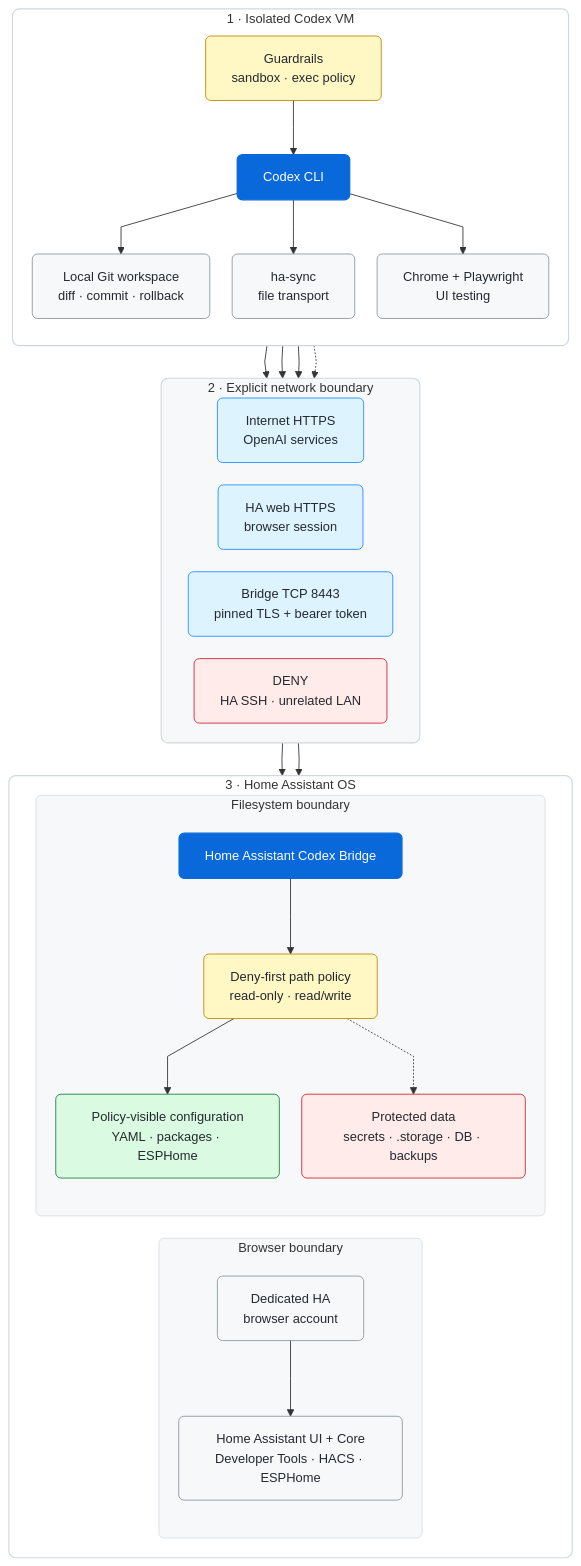
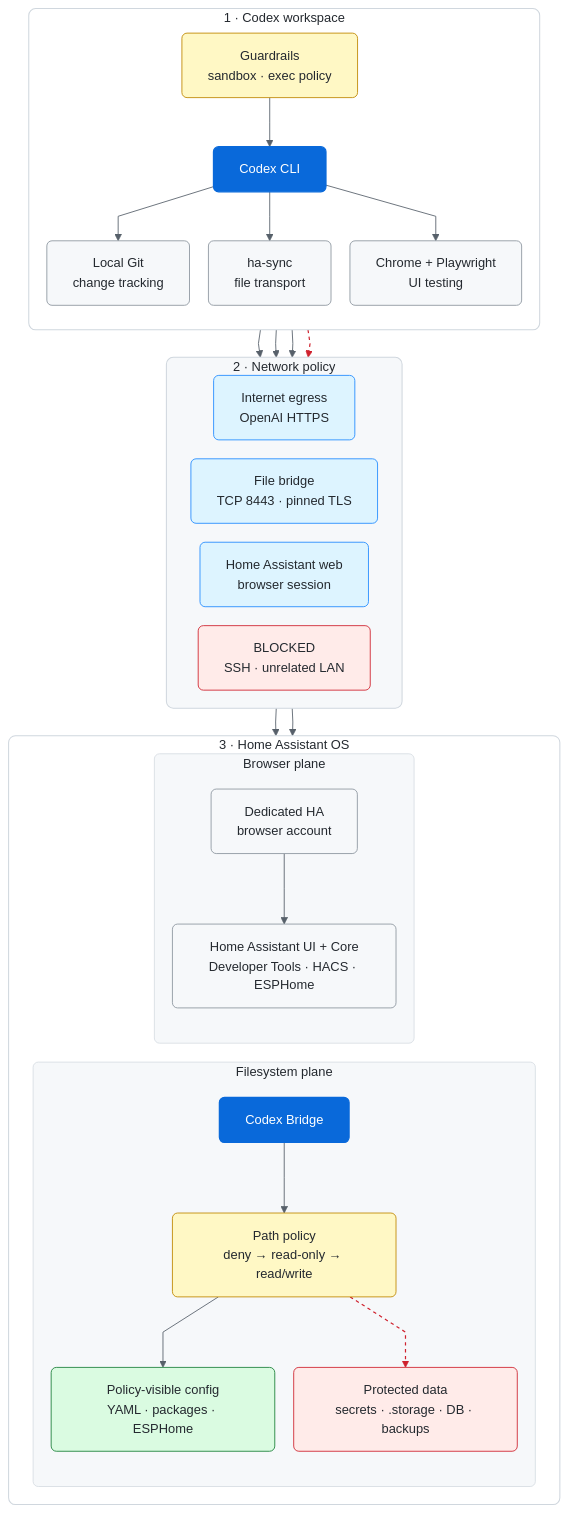
Before and after one commit to DreamMakers2/home-assistant-codex-bridge: the diagram in README.md, drawn with Mermaid.

Commit message:
Fix Mermaid architecture dark-mode rendering

````diff
--- a/README.md
+++ b/README.md
@@ -39,73 +39,75 @@
 ```mermaid
-%%{init: {"flowchart": {"curve": "linear", "htmlLabels": true, "nodeSpacing": 26, "rankSpacing": 38}, "themeVariables": {"fontFamily": "-apple-system, BlinkMacSystemFont, Segoe UI, Helvetica, Arial, sans-serif", "fontSize": "15px"}}}%%
+%%{init: {"theme":"base","flowchart":{"curve":"linear","htmlLabels":true,"nodeSpacing":22,"rankSpacing":32,"diagramPadding":10},"themeVariables":{"fontFamily":"-apple-system, BlinkMacSystemFont, Segoe UI, Helvetica, Arial, sans-serif","fontSize":"15px","background":"#ffffff","primaryTextColor":"#24292f","secondaryTextColor":"#24292f","tertiaryTextColor":"#24292f","textColor":"#24292f","titleColor":"#24292f","lineColor":"#57606a","clusterBkg":"#ffffff","clusterBorder":"#d0d7de","edgeLabelBackground":"#ffffff"},"themeCSS":".cluster-label span{color:#24292f!important;font-weight:650!important}.cluster-label text{fill:#24292f!important;font-weight:650!important}"}}%%
 flowchart TB
-    subgraph VM["1 · Isolated Codex VM"]
+    subgraph VM["1 · Codex workspace"]
         direction TB
         Guard["Guardrails<br/>sandbox · exec policy"]
         Codex["Codex CLI"]
-        Git["Local Git workspace<br/>diff · commit · rollback"]
+        Git["Local Git<br/>change tracking"]
         Sync["ha-sync<br/>file transport"]
         Browser["Chrome + Playwright<br/>UI testing"]
 
         Guard --> Codex
         Codex --> Git
         Codex --> Sync
         Codex --> Browser
     end
 
-    subgraph NET["2 · Explicit network boundary"]
+    subgraph NET["2 · Network policy"]
         direction LR
-        Internet["Internet HTTPS<br/>OpenAI services"]
-        Web["HA web HTTPS<br/>browser session"]
-        Files["Bridge TCP 8443<br/>pinned TLS + bearer token"]
-        DeniedNet["DENY<br/>HA SSH · unrelated LAN"]
+        Egress["Internet egress<br/>OpenAI HTTPS"]
+        BridgePath["File bridge<br/>TCP 8443 · pinned TLS"]
+        UiPath["Home Assistant web<br/>browser session"]
+        DenyNet["BLOCKED<br/>SSH · unrelated LAN"]
     end
 
     subgraph HA["3 · Home Assistant OS"]
         direction LR
 
-        subgraph UI["Browser boundary"]
+        subgraph FS["Filesystem plane"]
             direction TB
-            Account["Dedicated HA<br/>browser account"]
-            Services["Home Assistant UI + Core<br/>Developer Tools · HACS · ESPHome"]
-            Account --> Services
-        end
-
-        subgraph FS["Filesystem boundary"]
-            direction TB
-            Bridge["Home Assistant Codex Bridge"]
-            Policy["Deny-first path policy<br/>read-only · read/write"]
-            Approved["Policy-visible configuration<br/>YAML · packages · ESPHome"]
+            Bridge["Codex Bridge"]
+            Policy["Path policy<br/>deny → read-only → read/write"]
+            Approved["Policy-visible config<br/>YAML · packages · ESPHome"]
             Protected["Protected data<br/>secrets · .storage · DB · backups"]
 
             Bridge --> Policy
             Policy --> Approved
             Policy -.-> Protected
         end
+
+        subgraph UI["Browser plane"]
+            direction TB
+            Account["Dedicated HA<br/>browser account"]
+            Services["Home Assistant UI + Core<br/>Developer Tools · HACS · ESPHome"]
+            Account --> Services
+        end
     end
 
-    Codex --> Internet
-    Browser --> Web --> Account
-    Sync --> Files --> Bridge
-    Codex -.-> DeniedNet
+    Codex --> Egress
+    Sync --> BridgePath --> Bridge
+    Browser --> UiPath --> Account
+    Codex -.-> DenyNet
 
     classDef primary fill:#0969da,stroke:#0969da,color:#ffffff,stroke-width:1.4px,rx:6px,ry:6px;
     classDef neutral fill:#f6f8fa,stroke:#8c959f,color:#24292f,stroke-width:1px,rx:6px,ry:6px;
     classDef control fill:#fff8c5,stroke:#bf8700,color:#24292f,stroke-width:1px,rx:6px,ry:6px;
     classDef allow fill:#dafbe1,stroke:#1a7f37,color:#24292f,stroke-width:1px,rx:6px,ry:6px;
     classDef deny fill:#ffebe9,stroke:#cf222e,color:#24292f,stroke-width:1px,rx:6px,ry:6px;
     classDef network fill:#ddf4ff,stroke:#218bff,color:#24292f,stroke-width:1px,rx:6px,ry:6px;
 
     class Codex,Bridge primary;
     class Git,Sync,Browser,Account,Services neutral;
     class Guard,Policy control;
     class Approved allow;
-    class Protected,DeniedNet deny;
-    class Internet,Web,Files network;
+    class Protected,DenyNet deny;
+    class Egress,BridgePath,UiPath network;
 
-    style VM fill:#ffffff,stroke:#d0d7de,stroke-width:1.3px,rx:8px,ry:8px
-    style NET fill:#f6f8fa,stroke:#d0d7de,stroke-width:1.3px,rx:8px,ry:8px
-    style HA fill:#ffffff,stroke:#d0d7de,stroke-width:1.3px,rx:8px,ry:8px
+    linkStyle 6,13 stroke:#cf222e,stroke-width:1.4px,stroke-dasharray:4 4;
+
+    style VM fill:#ffffff,stroke:#d0d7de,stroke-width:1.2px,rx:8px,ry:8px
+    style NET fill:#f6f8fa,stroke:#d0d7de,stroke-width:1.2px,rx:8px,ry:8px
+    style HA fill:#ffffff,stroke:#d0d7de,stroke-width:1.2px,rx:8px,ry:8px
+    style FS fill:#f6f8fa,stroke:#d8dee4,stroke-width:1px,rx:6px,ry:6px
     style UI fill:#f6f8fa,stroke:#d8dee4,stroke-width:1px,rx:6px,ry:6px
-    style FS fill:#f6f8fa,stroke:#d8dee4,stroke-width:1px,rx:6px,ry:6px
 ```
````
